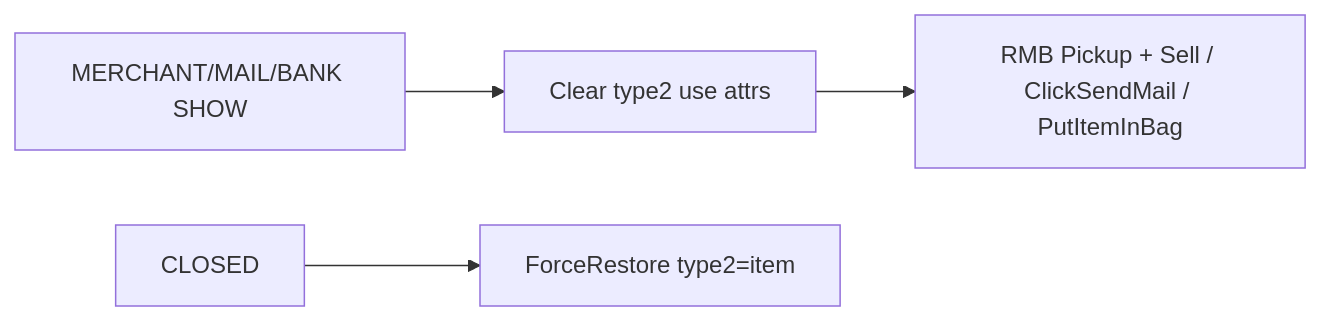
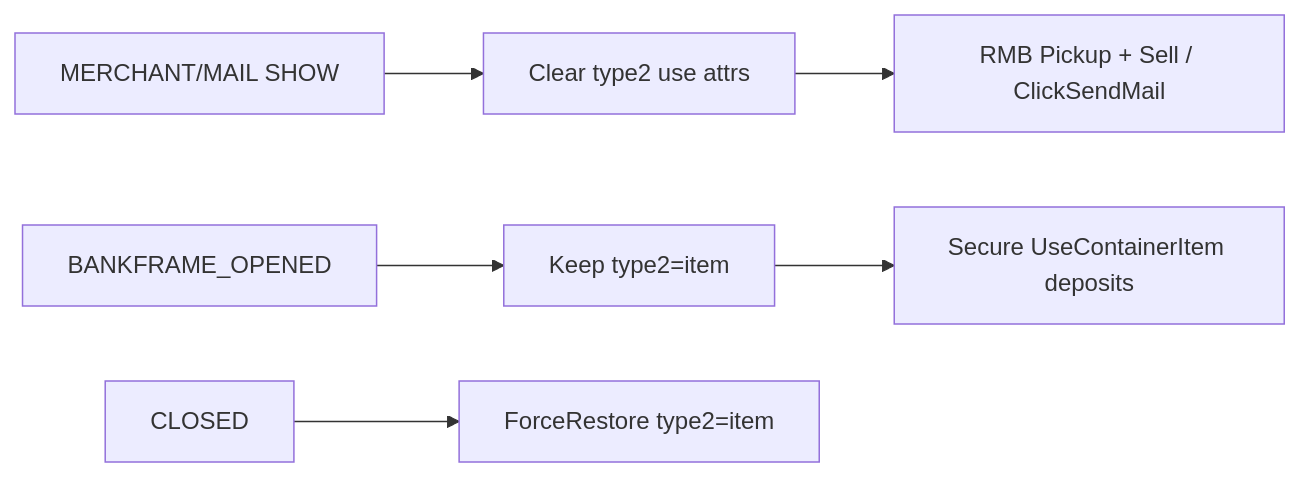
The fourth of 5 diagrams in addons/BetterBackpack/Docs/loops.md (sirTurbisCZ/wow-forever-addons), drawn with Mermaid before and after one commit. The commit also changed other lines of this file and 4 other files, not shown here.

First line of the commit message:
BetterBackpack 0.5.12: secure bank RMB deposit via type2=item

````diff
--- a/addons/BetterBackpack/Docs/loops.md
+++ b/addons/BetterBackpack/Docs/loops.md
@@ -119,6 +119,8 @@
 ```mermaid
 flowchart LR
-  Show[MERCHANT/MAIL/BANK SHOW] --> Clear[Clear type2 use attrs]
-  Clear --> RMB[RMB Pickup + Sell / ClickSendMail / PutItemInBag]
+  Show[MERCHANT/MAIL SHOW] --> Clear[Clear type2 use attrs]
+  Clear --> RMB[RMB Pickup + Sell / ClickSendMail]
+  BankShow[BANKFRAME_OPENED] --> Keep[Keep type2=item]
+  Keep --> Deposit[Secure UseContainerItem deposits]
   Close[CLOSED] --> Restore[ForceRestore type2=item]
 ```
````
